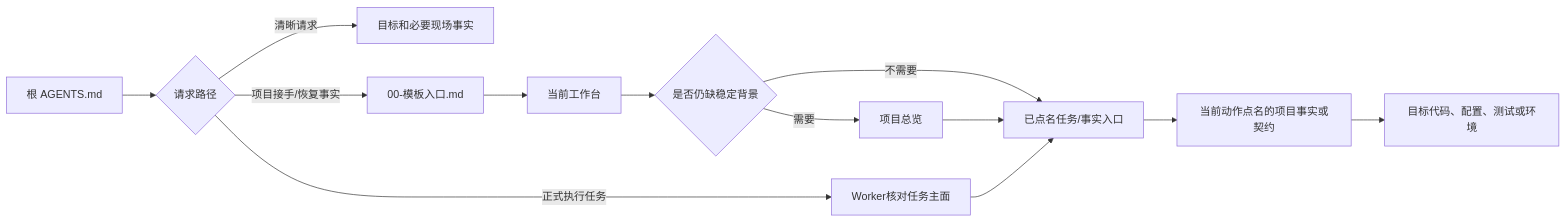
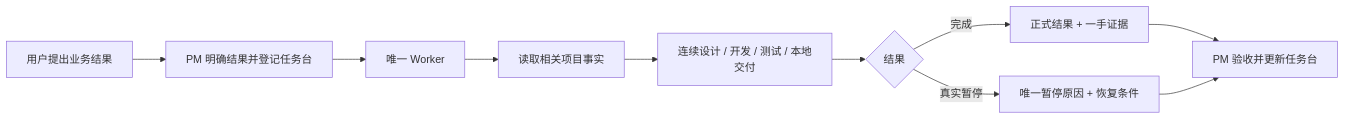
Before and after one commit to adubeyond/beyond-ai-collaboration: the diagram in docs/系统架构与运行机制.md, drawn with Mermaid. The commit also changed other lines of this file and 82 other files, not shown here.

````diff
--- a/docs/系统架构与运行机制.md
+++ b/docs/系统架构与运行机制.md
@@ -157,15 +96,12 @@
 ```mermaid
 flowchart LR
-    A["根 AGENTS.md"] --> R{"请求路径"}
-    R -->|"清晰请求"| Q["目标和必要现场事实"]
-    R -->|"正式执行任务"| T["Worker核对任务主面"]
-    R -->|"项目接手/恢复事实"| B["00-模板入口.md"]
-    B --> C["当前工作台"]
-    C --> D{"是否仍缺稳定背景"}
-    D -->|"需要"| E["项目总览"]
-    D -->|"不需要"| F["已点名任务/事实入口"]
-    E --> F
-    T --> F
-    F --> G["当前动作点名的项目事实或契约"]
-    G --> H["目标代码、配置、测试或环境"]
+    U["用户提出业务结果"] --> P["PM 明确结果并登记任务台"]
+    P --> W["唯一 Worker"]
+    W --> F["读取相关项目事实"]
+    F --> A["连续设计 / 开发 / 测试 / 本地交付"]
+    A --> C{"结果"}
+    C -->|"完成"| D["正式结果 + 一手证据"]
+    C -->|"真实暂停"| S["唯一暂停原因 + 恢复条件"]
+    D --> R["PM 验收并更新任务台"]
+    S --> R
 ```
````
